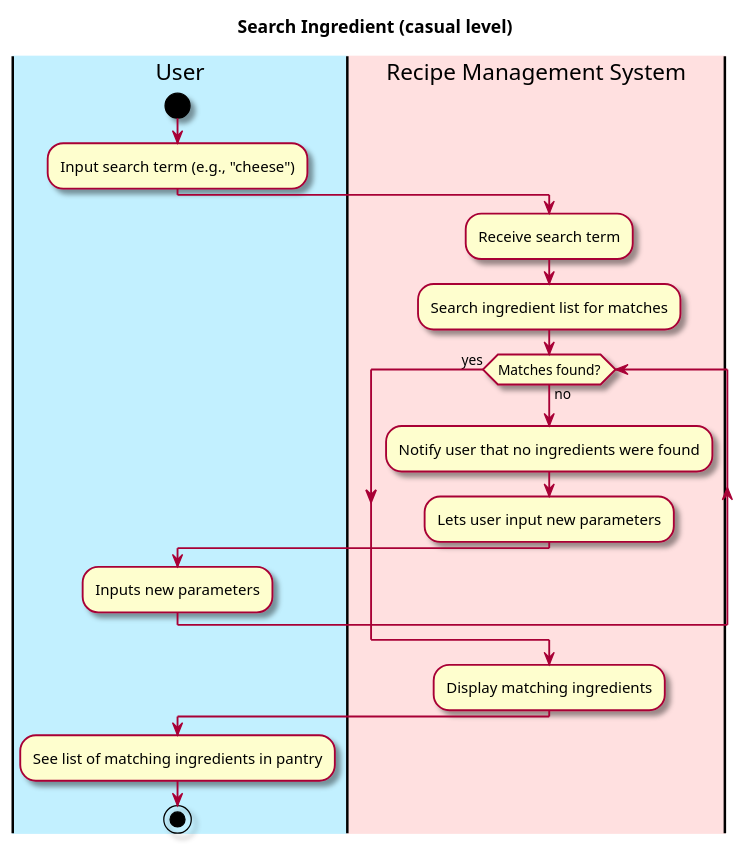
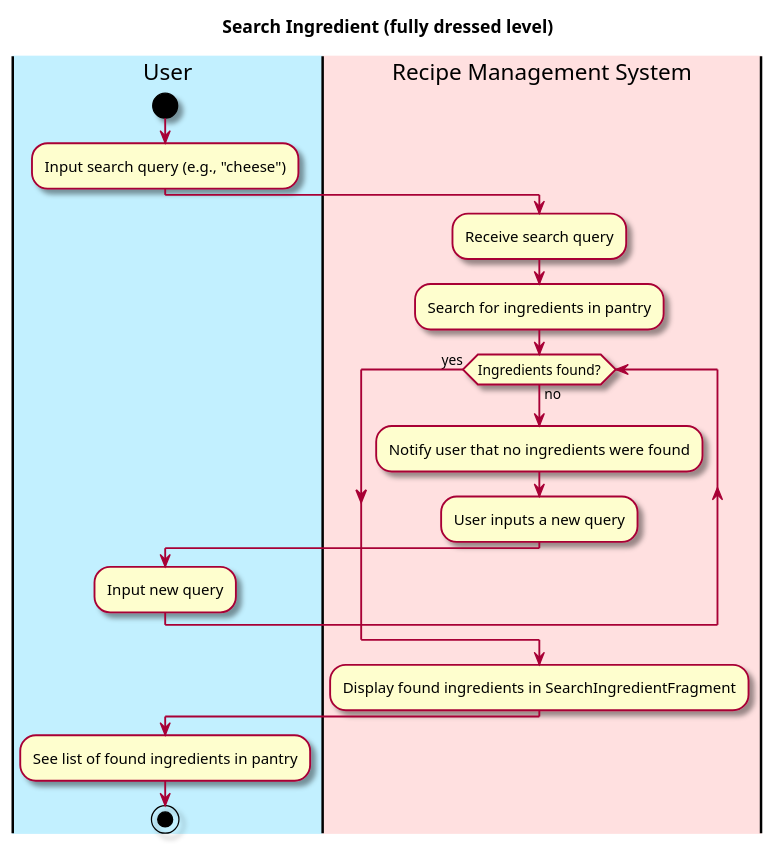
One commit to berthashipper/Pantry-Pal-Android-Application changed the first of 2 diagrams in intellij/doc/use-cases/search_ingredient.md. Above: the diagram before and after it, drawn with PlantUML. The commit also changed other lines of this file and 13 other files, not shown here.

````diff
--- a/intellij/doc/use-cases/search_ingredient.md
+++ b/intellij/doc/use-cases/search_ingredient.md
@@ -28,32 +28,32 @@
 ```plantuml
 @startuml
 
 skin rose
 
-title Search Ingredient (casual level)
+title Search Ingredient (fully dressed level)
 
 'define the lanes
 |#application|User|
 |#implementation|Recipe Management System|
 
 |User|
 start
-:Input search term (e.g., "cheese");
+:Input search query (e.g., "cheese");
 
 |Recipe Management System|
-:Receive search term;
-:Search ingredient list for matches;
-while (Matches found?) is (no)
+:Receive search query;
+:Search for ingredients in pantry;
+while (Ingredients found?) is (no)
 :Notify user that no ingredients were found;
-:Lets user input new parameters;
+:User inputs a new query;
 |User|
-:Inputs new parameters;
+:Input new query;
 endwhile(yes)
 
 |Recipe Management System|
-:Display matching ingredients;
+:Display found ingredients in SearchIngredientFragment;
 |User|
-:See list of matching ingredients in pantry;
+:See list of found ingredients in pantry;
 stop
 @enduml
 ```
````
